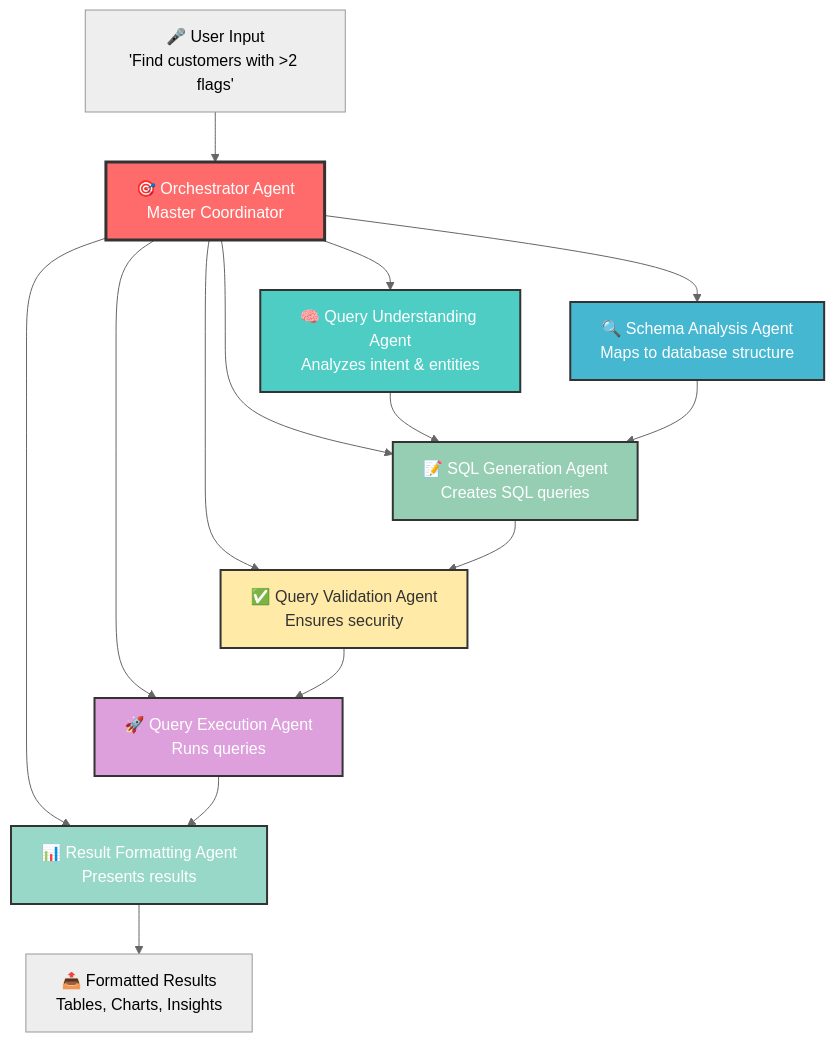
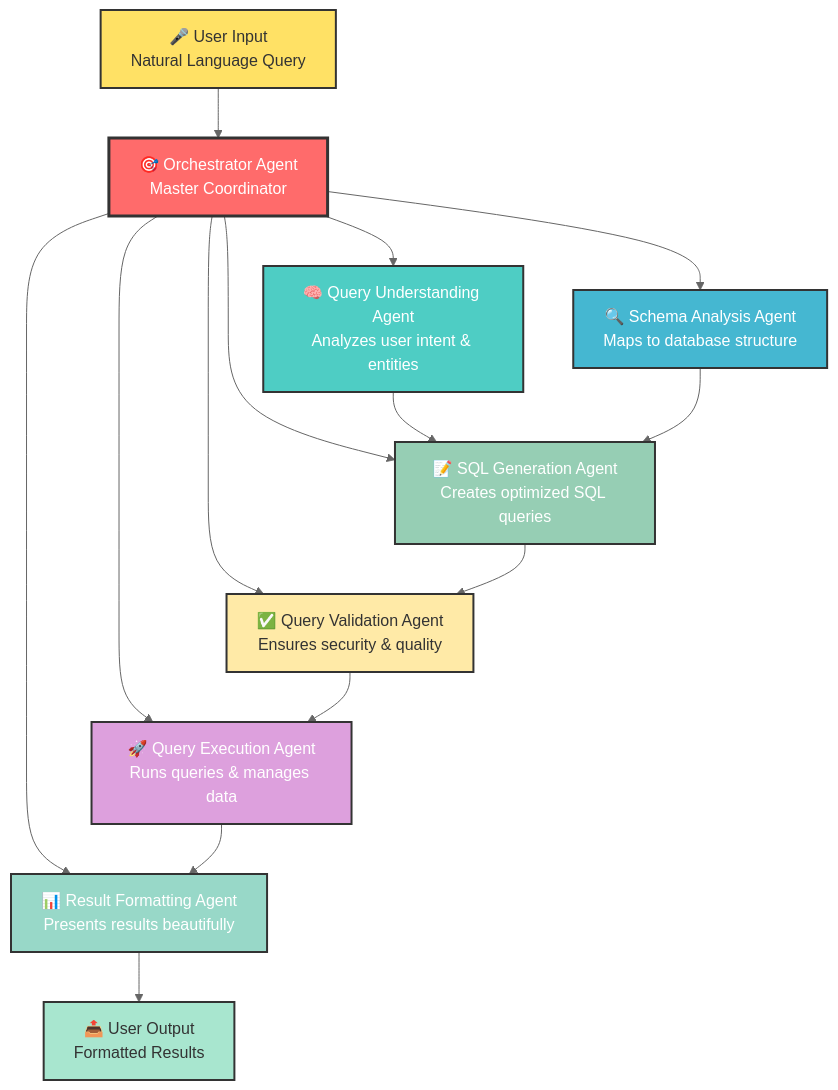
One commit to dataengineerankur/QueryJuice changed the first of 2 diagrams in project_proposal.md. Above: the diagram before and after it, drawn with Mermaid (neutral theme). The commit also changed other lines of this file, not shown here.

````diff
--- a/project_proposal.md
+++ b/project_proposal.md
@@ -81,34 +81,43 @@
 ```mermaid
 graph TD
-    U["🎤 User Input<br/>'Find customers with >2 flags'"] --> A
+    %% User Input
+    U["🎤 User Input<br/>Natural Language Query"] --> A
     
+    %% Main Orchestrator
     A["🎯 Orchestrator Agent<br/>Master Coordinator"] --> B
     A --> C
     A --> D
     A --> E
     A --> F
     A --> G
     
-    B["🧠 Query Understanding Agent<br/>Analyzes intent & entities"]
+    %% Agents with Simple Descriptions
+    B["🧠 Query Understanding Agent<br/>Analyzes user intent & entities"]
     C["🔍 Schema Analysis Agent<br/>Maps to database structure"]
-    D["📝 SQL Generation Agent<br/>Creates SQL queries"]
-    E["✅ Query Validation Agent<br/>Ensures security"]
-    F["🚀 Query Execution Agent<br/>Runs queries"]
-    G["📊 Result Formatting Agent<br/>Presents results"]
+    D["📝 SQL Generation Agent<br/>Creates optimized SQL queries"]
+    E["✅ Query Validation Agent<br/>Ensures security & quality"]
+    F["🚀 Query Execution Agent<br/>Runs queries & manages data"]
+    G["📊 Result Formatting Agent<br/>Presents results beautifully"]
     
+    %% Simple Data Flow
     B --> D
     C --> D
     D --> E
     E --> F
     F --> G
     
-    G --> O["📤 Formatted Results<br/>Tables, Charts, Insights"]
+    %% Output
+    G --> O["📤 User Output<br/>Formatted Results"]
     
+    %% Clean Styling
     style A fill:#FF6B6B,stroke:#333,stroke-width:3px,color:#fff
     style B fill:#4ECDC4,stroke:#333,stroke-width:2px,color:#fff
     style C fill:#45B7D1,stroke:#333,stroke-width:2px,color:#fff
     style D fill:#96CEB4,stroke:#333,stroke-width:2px,color:#fff
     style E fill:#FFEAA7,stroke:#333,stroke-width:2px,color:#333
     style F fill:#DDA0DD,stroke:#333,stroke-width:2px,color:#fff
     style G fill:#98D8C8,stroke:#333,stroke-width:2px,color:#fff
+    
+    style U fill:#FFE165,stroke:#333,stroke-width:2px,color:#333
+    style O fill:#A8E6CF,stroke:#333,stroke-width:2px,color:#333
 ```
````
